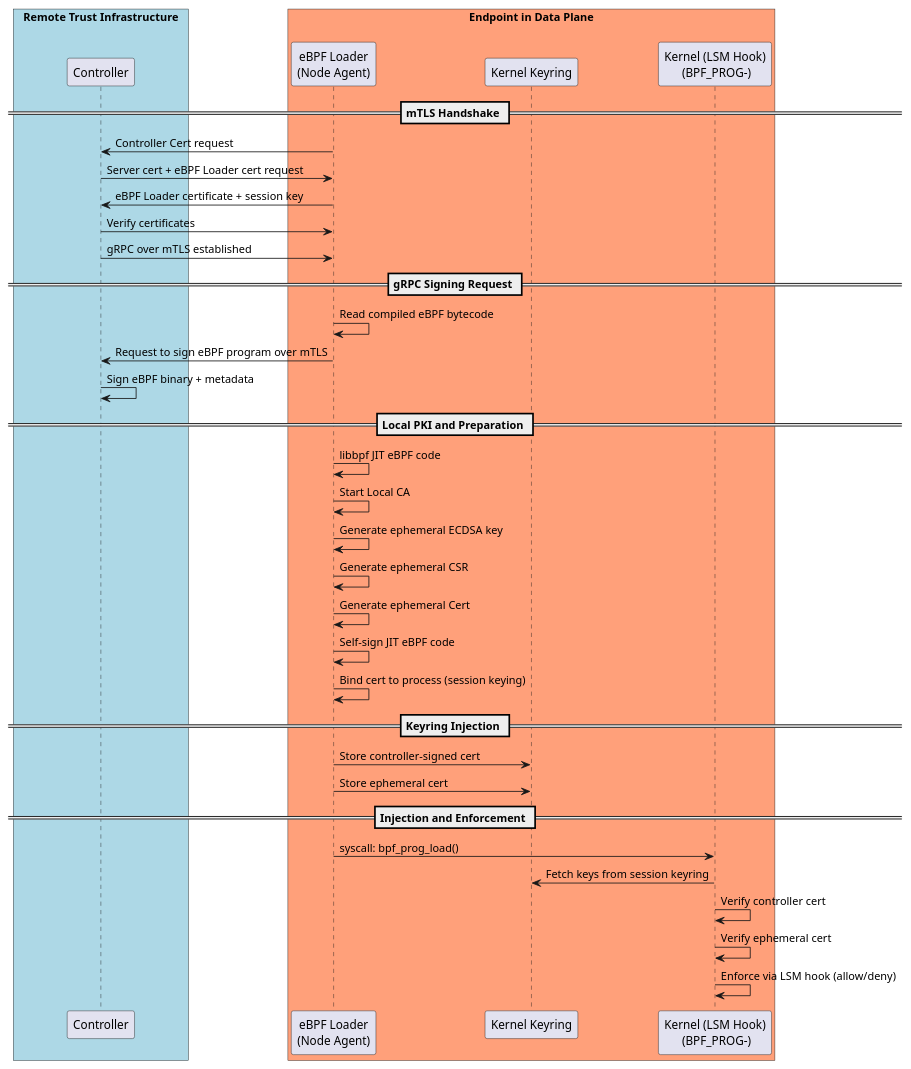
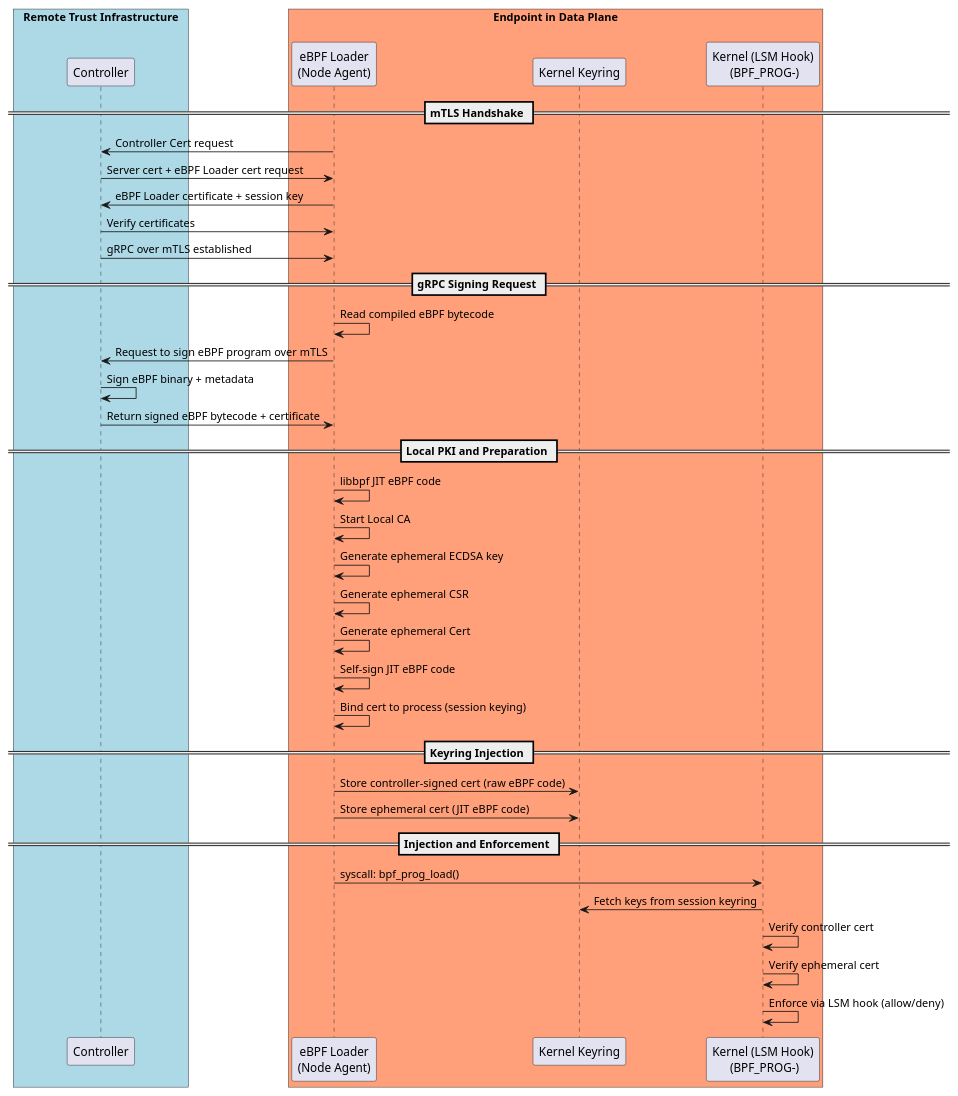
One commit to Synarcs/Data-Exfiltration-Security-Framework changed the diagram in docs/crypto/crypto.puml. Above: the diagram before and after it, drawn with PlantUML. The commit also changed 10 other files, not shown here.

```diff
--- a/docs/crypto/crypto.puml
+++ b/docs/crypto/crypto.puml
@@ -1,52 +1,52 @@
 @startuml
 !pragma teoz true
 ' Set the skin parameters
 skinparam rectangle {
   BackgroundColor White
   BorderColor Black
 }
 
 box "Remote Trust Infrastructure" #LightBlue
   participant Controller
 end box
 
 box "Endpoint in Data Plane\n" #LightSalmon
   participant "eBPF Loader\n(Node Agent)" as Loader
   participant "Kernel Keyring" as Keyring
   participant "Kernel (LSM Hook)\n (BPF_PROG-)" as Kernel
 end box
 
 == mTLS Handshake ==
 Loader -> Controller : Controller Cert request
 Controller -> Loader : Server cert + eBPF Loader cert request
 Loader -> Controller : eBPF Loader certificate + session key
 Controller -> Loader : Verify certificates 
 Controller -> Loader : gRPC over mTLS established
 
 == gRPC Signing Request ==
 Loader -> Loader : Read compiled eBPF bytecode
 Loader -> Controller : Request to sign eBPF program over mTLS
 Controller -> Controller : Sign eBPF binary + metadata
-' Controller -> Loader : Return signed cert + controller public key
+Controller -> Loader : Return signed eBPF bytecode + certificate
 
 == Local PKI and Preparation ==
 Loader -> Loader : libbpf JIT eBPF code
 Loader -> Loader : Start Local CA 
 Loader -> Loader : Generate ephemeral ECDSA key
 Loader -> Loader : Generate ephemeral CSR
 Loader -> Loader : Generate ephemeral Cert
 Loader -> Loader : Self-sign JIT eBPF code
 Loader -> Loader : Bind cert to process (session keying)
 
 == Keyring Injection ==
-Loader -> Keyring : Store controller-signed cert
-Loader -> Keyring : Store ephemeral cert
+Loader -> Keyring : Store controller-signed cert (raw eBPF code)
+Loader -> Keyring : Store ephemeral cert  (JIT eBPF code)
 
 == Injection and Enforcement ==
 Loader -> Kernel : syscall: bpf_prog_load()
 Kernel -> Keyring : Fetch keys from session keyring
 Kernel -> Kernel : Verify controller cert 
 Kernel -> Kernel : Verify ephemeral cert
 Kernel -> Kernel : Enforce via LSM hook (allow/deny)
 
 @enduml
```
